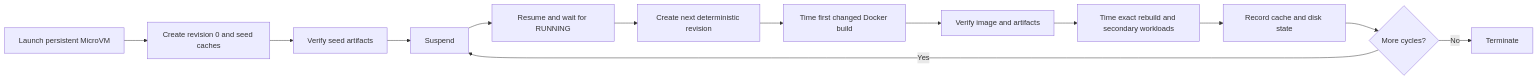
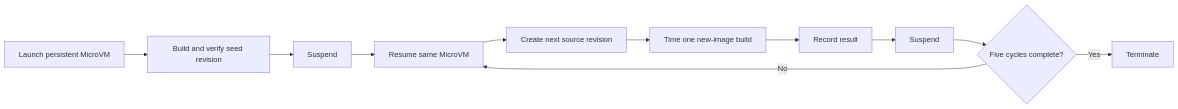
The diagram in benchmarks/warm-build-server/METHODOLOGY.md (neebs12/lambda-microvm-github-runner), drawn with Mermaid before and after one commit. The commit also changed other lines of this file, not shown here.

````diff
--- a/benchmarks/warm-build-server/METHODOLOGY.md
+++ b/benchmarks/warm-build-server/METHODOLOGY.md
@@ -87,15 +60,13 @@
 ```mermaid
 flowchart LR
-    A["Launch persistent MicroVM"] --> B["Create revision 0 and seed caches"]
-    B --> C["Verify seed artifacts"]
-    C --> D["Suspend"]
-    D --> E["Resume and wait for RUNNING"]
-    E --> F["Create next deterministic revision"]
-    F --> G["Time first changed Docker build"]
-    G --> H["Verify image and artifacts"]
-    H --> I["Time exact rebuild and secondary workloads"]
-    I --> J["Record cache and disk state"]
-    J --> K{"More cycles?"}
-    K -- Yes --> D
-    K -- No --> L["Terminate"]
+    A["Launch persistent MicroVM"] --> B["Build and verify seed revision"]
+    B --> C["Suspend"]
+    C --> D["Resume same MicroVM"]
+    D --> E["Create next source revision"]
+    E --> F["Time one new-image build"]
+    F --> G["Record result"]
+    G --> H["Suspend"]
+    H --> I{"Five cycles complete?"}
+    I -- No --> D
+    I -- Yes --> J["Terminate"]
 ```
````
